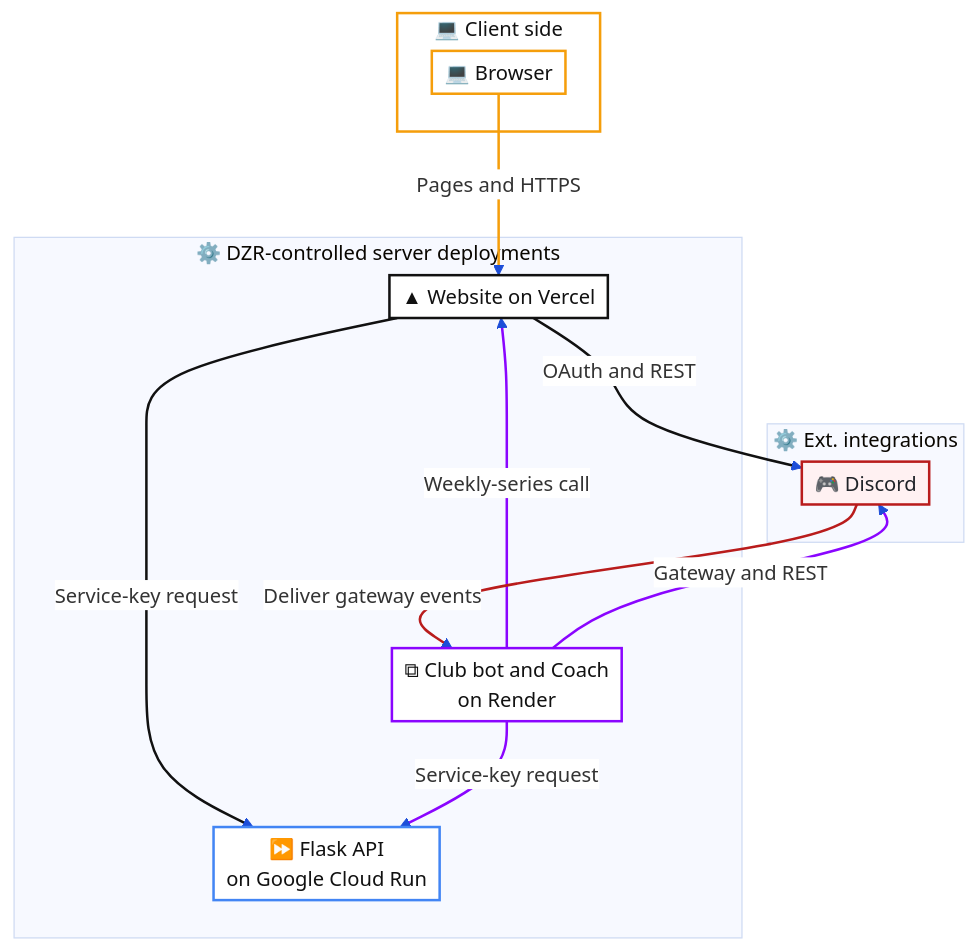
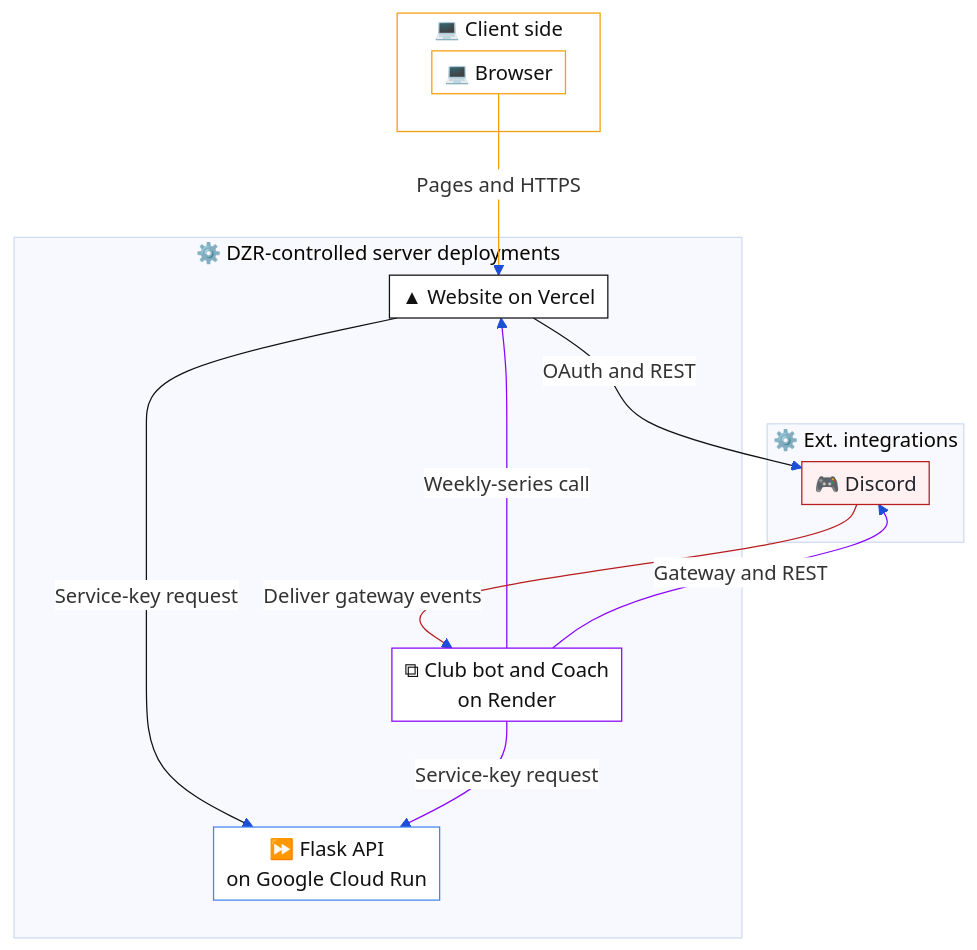
Before and after one commit to T00few2/dzr: the second of 2 diagrams in docs/architecture/overview.md, drawn with Mermaid. The commit also changed other lines of this file and 34 other files, not shown here.

Commit message:
docs: use normal strokes and enforce 12px sequence labels

````diff
--- a/docs/architecture/overview.md
+++ b/docs/architecture/overview.md
@@ -86,54 +86,54 @@
 ```mermaid
 ---
 config:
   theme: base
   themeVariables:
     edgeLabelBackground: '#ffffff'
   themeCSS: |
     .edgeLabel, .edgeLabel p { font-size: 12px !important; }
     :is(&) { background: #ffffff; }
   flowchart:
     padding: 5
     nodeSpacing: 35
     rankSpacing: 60
 ---
 flowchart TB
     subgraph clientLayer["💻 Client side"]
         browser["💻 Browser"]
     end
     subgraph serverLayer["⚙️ DZR-controlled server deployments"]
         web["▲ Vercel website"]
         bot["⧉ Render bot and Coach"]
         api["⏩ Google Cloud Run API"]
     end
     subgraph externalLayer["⚙️ Ext. integrations"]
         discord["🎮 Discord"]
     end
     browser -->|Pages and HTTPS| web["▲ Website on Vercel"]
     bot["⧉ Club bot and Coach<br/>on Render"] -->|Weekly-series call| web
     web -->|Service-key request| api["⏩ Flask API<br/>on Google Cloud Run"]
     bot -->|Service-key request| api
     web -->|OAuth and REST| discord["🎮 Discord"]
     bot -->|Gateway and REST| discord
-    classDef default fill:#eff6ff,stroke:#1d4ed8,stroke-width:2px,color:#1f2328
-    classDef external fill:#fff1f2,stroke:#b91c1c,stroke-width:2px,color:#1f2328
-    linkStyle default stroke:#1d4ed8,stroke-width:2px
+    classDef default fill:#eff6ff,stroke:#1d4ed8,color:#1f2328
+    classDef external fill:#fff1f2,stroke:#b91c1c,color:#1f2328
+    linkStyle default stroke:#1d4ed8
     discord -->|Deliver gateway events| bot
     class discord external
-    linkStyle 4,5 stroke:#b91c1c,stroke-width:2px
-    classDef provider0 fill:#ffffff,stroke:#111111,stroke-width:2px,color:#111111
+    linkStyle 4,5 stroke:#b91c1c
+    classDef provider0 fill:#ffffff,stroke:#111111,color:#111111
     class web,web provider0
-    classDef provider1 fill:#ffffff,stroke:#8A05FF,stroke-width:2px,color:#111111
+    classDef provider1 fill:#ffffff,stroke:#8A05FF,color:#111111
     class bot,bot provider1
-    classDef provider2 fill:#ffffff,stroke:#4285F4,stroke-width:2px,color:#111111
+    classDef provider2 fill:#ffffff,stroke:#4285F4,color:#111111
     class api,api provider2
-    classDef provider4 fill:#ffffff,stroke:#f59e0b,stroke-width:2px,color:#111111
+    classDef provider4 fill:#ffffff,stroke:#f59e0b,color:#111111
     class clientLayer,browser provider4
-    linkStyle 0 stroke:#f59e0b,stroke-width:2px
-    linkStyle 1 stroke:#8A05FF,stroke-width:2px
-    linkStyle 2 stroke:#111111,stroke-width:2px
-    linkStyle 3 stroke:#8A05FF,stroke-width:2px
-    linkStyle 4 stroke:#111111,stroke-width:2px
-    linkStyle 5 stroke:#8A05FF,stroke-width:2px
-    linkStyle 6 stroke:#b91c1c,stroke-width:2px
+    linkStyle 0 stroke:#f59e0b
+    linkStyle 1 stroke:#8A05FF
+    linkStyle 2 stroke:#111111
+    linkStyle 3 stroke:#8A05FF
+    linkStyle 4 stroke:#111111
+    linkStyle 5 stroke:#8A05FF
+    linkStyle 6 stroke:#b91c1c
 ```
````
